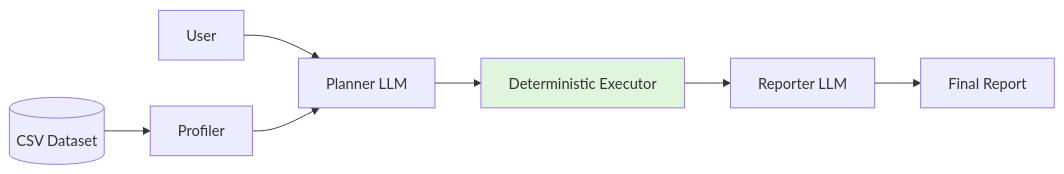
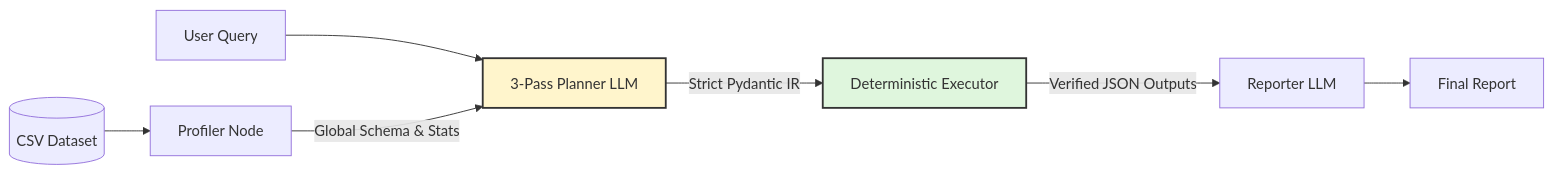
One commit to mohamadmeri/scrygent changed the diagram in README.md. Above: the diagram before and after it, drawn with Mermaid. The commit also changed other lines of this file and 4 other files, not shown here.

First line of the commit message:
docs: overhaul README and Architecture

````diff
--- a/README.md
+++ b/README.md
@@ -42,21 +43,12 @@
 ```mermaid
 flowchart LR
-
-    U[User]
-    CSV[(CSV Dataset)]
-
-    P[Profiler]
-    PL[Planner LLM]
-    EX[Deterministic Executor]
-    R[Reporter LLM]
-
-    CSV --> P
-    U --> PL
-
-    P --> PL
-    PL --> EX
-    EX --> R
+    U[User Query] --> PL[3-Pass Planner LLM]
+    CSV[(CSV Dataset)] --> P[Profiler Node]
+    P -->|Global Schema & Stats| PL
+    PL -->|Strict Pydantic IR| EX[Deterministic Executor]
+    EX -->|Verified JSON Outputs| R[Reporter LLM]
     R --> OUT[Final Report]
-
-    style EX fill:#dff6dd
+    
+    style EX fill:#dff6dd,stroke:#333,stroke-width:2px
+    style PL fill:#fff5cc,stroke:#333,stroke-width:2px
 ```
````
